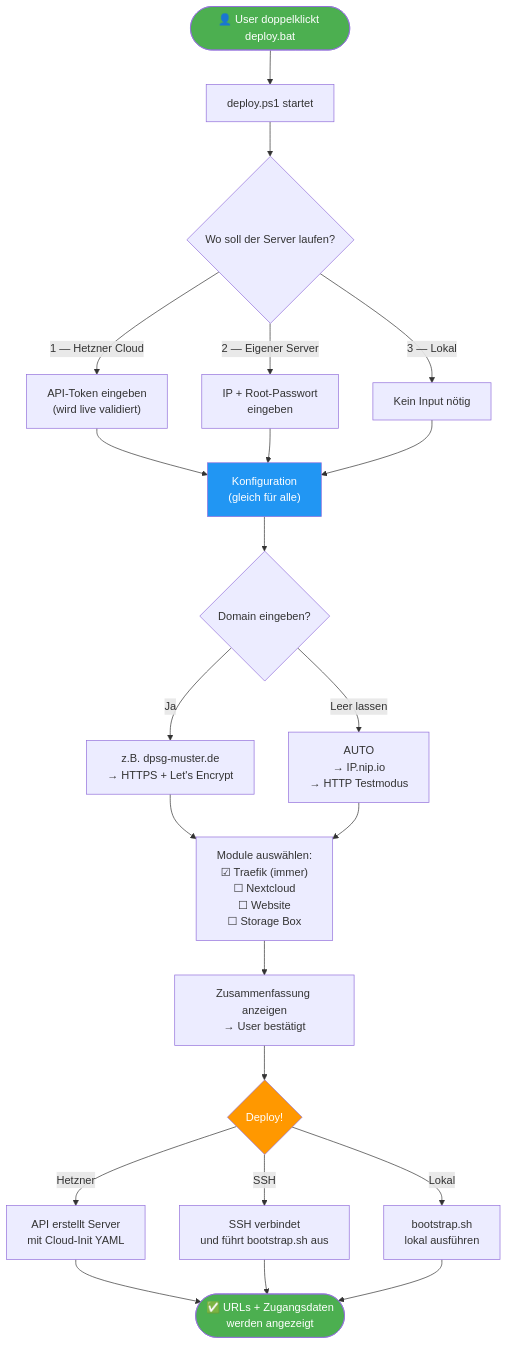
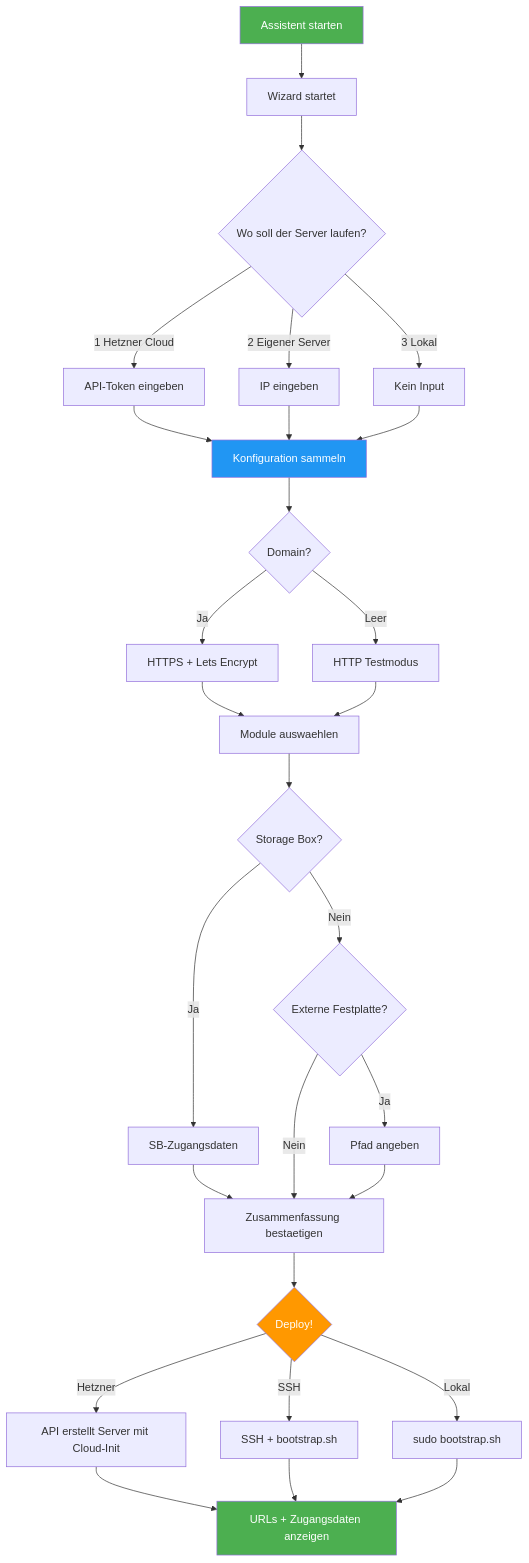
Before and after one commit to DPSG-Eschborn/infrastructure-configs: the first of 6 diagrams in docs/architektur-uebersicht.md, drawn with Mermaid. The commit also changed other lines of this file, not shown here.

Commit message:
docs: updated architecture docs

````diff
--- a/docs/architektur-uebersicht.md
+++ b/docs/architektur-uebersicht.md
@@ -9,43 +9,50 @@
 ```mermaid
 flowchart TD
-    START(["👤 User doppelklickt deploy.bat"]) --> WIZARD["deploy.ps1 startet"]
-    
+    START["Assistent starten"] --> WIZARD["Wizard startet"]
+
     WIZARD --> Q1{"Wo soll der Server laufen?"}
-    
-    Q1 -->|"1 — Hetzner Cloud"| H_TOKEN["API-Token eingeben\n(wird live validiert)"]
-    Q1 -->|"2 — Eigener Server"| SSH_IP["IP + Root-Passwort\neingeben"]
-    Q1 -->|"3 — Lokal"| LOCAL["Kein Input nötig"]
-    
+
+    Q1 -->|"1 Hetzner Cloud"| H_TOKEN["API-Token eingeben"]
+    Q1 -->|"2 Eigener Server"| SSH_IP["IP eingeben"]
+    Q1 -->|"3 Lokal"| LOCAL["Kein Input"]
+
     H_TOKEN --> CONFIG
     SSH_IP --> CONFIG
     LOCAL --> CONFIG
-    
-    CONFIG["Konfiguration\n(gleich für alle)"]
-    CONFIG --> C_DOMAIN{"Domain eingeben?"}
-    C_DOMAIN -->|"Ja"| DOMAIN_SET["z.B. dpsg-muster.de\n→ HTTPS + Let's Encrypt"]
-    C_DOMAIN -->|"Leer lassen"| DOMAIN_AUTO["AUTO\n→ IP.nip.io\n→ HTTP Testmodus"]
-    
+
+    CONFIG["Konfiguration sammeln"]
+    CONFIG --> C_DOMAIN{"Domain?"}
+    C_DOMAIN -->|"Ja"| DOMAIN_SET["HTTPS + Lets Encrypt"]
+    C_DOMAIN -->|"Leer"| DOMAIN_AUTO["HTTP Testmodus"]
+
     DOMAIN_SET --> MODULES
     DOMAIN_AUTO --> MODULES
-    
-    MODULES["Module auswählen:\n☑ Traefik (immer)\n☐ Nextcloud\n☐ Website\n☐ Storage Box"]
-    
-    MODULES --> CONFIRM["Zusammenfassung anzeigen\n→ User bestätigt"]
-    
+
+    MODULES["Module auswaehlen"]
+
+    MODULES --> SB{"Storage Box?"}
+    SB -->|"Ja"| SB_CRED["SB-Zugangsdaten"]
+    SB -->|"Nein"| DISK{"Externe Festplatte?"}
+    SB_CRED --> CONFIRM
+    DISK -->|"Ja"| DISK_PATH["Pfad angeben"]
+    DISK -->|"Nein"| CONFIRM
+    DISK_PATH --> CONFIRM
+
+    CONFIRM["Zusammenfassung bestaetigen"]
     CONFIRM --> DEPLOY{"Deploy!"}
-    
-    DEPLOY -->|Hetzner| H_DEPLOY["API erstellt Server\nmit Cloud-Init YAML"]
-    DEPLOY -->|SSH| SSH_DEPLOY["SSH verbindet\nund führt bootstrap.sh aus"]
-    DEPLOY -->|Lokal| L_DEPLOY["bootstrap.sh\nlokal ausführen"]
-    
+
+    DEPLOY -->|"Hetzner"| H_DEPLOY["API erstellt Server mit Cloud-Init"]
+    DEPLOY -->|"SSH"| SSH_DEPLOY["SSH + bootstrap.sh"]
+    DEPLOY -->|"Lokal"| L_DEPLOY["sudo bootstrap.sh"]
+
     H_DEPLOY --> DONE
     SSH_DEPLOY --> DONE
     L_DEPLOY --> DONE
-    
-    DONE(["✅ URLs + Zugangsdaten\nwerden angezeigt"])
-    
+
+    DONE["URLs + Zugangsdaten anzeigen"]
+
     style START fill:#4CAF50,color:white
     style DONE fill:#4CAF50,color:white
     style CONFIG fill:#2196F3,color:white
     style DEPLOY fill:#FF9800,color:white
 ```
````
